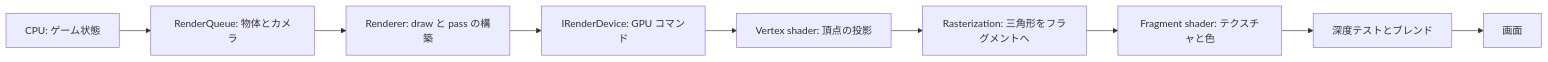
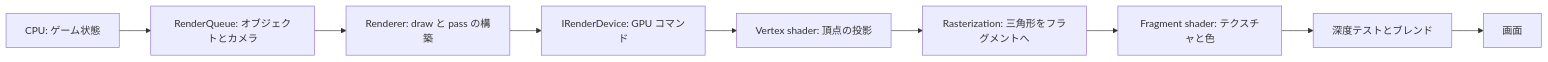
One commit to yojinn-io/GYO-Engine changed the first of 3 diagrams in docs/rendering_architecture.ja.md. Above: the diagram before and after it, drawn with Mermaid. The commit also changed other lines of this file and 3 other files, not shown here.

````diff
--- a/docs/rendering_architecture.ja.md
+++ b/docs/rendering_architecture.ja.md
@@ -12,11 +12,11 @@
 ```mermaid
 flowchart LR
-    A[CPU: ゲーム状態] --> B[RenderQueue: 物体とカメラ]
+    A[CPU: ゲーム状態] --> B[RenderQueue: オブジェクトとカメラ]
     B --> C[Renderer: draw と pass の構築]
     C --> D[IRenderDevice: GPU コマンド]
     D --> E[Vertex shader: 頂点の投影]
     E --> F[Rasterization: 三角形をフラグメントへ]
     F --> G[Fragment shader: テクスチャと色]
     G --> H[深度テストとブレンド]
     H --> I[画面]
 ```
````
